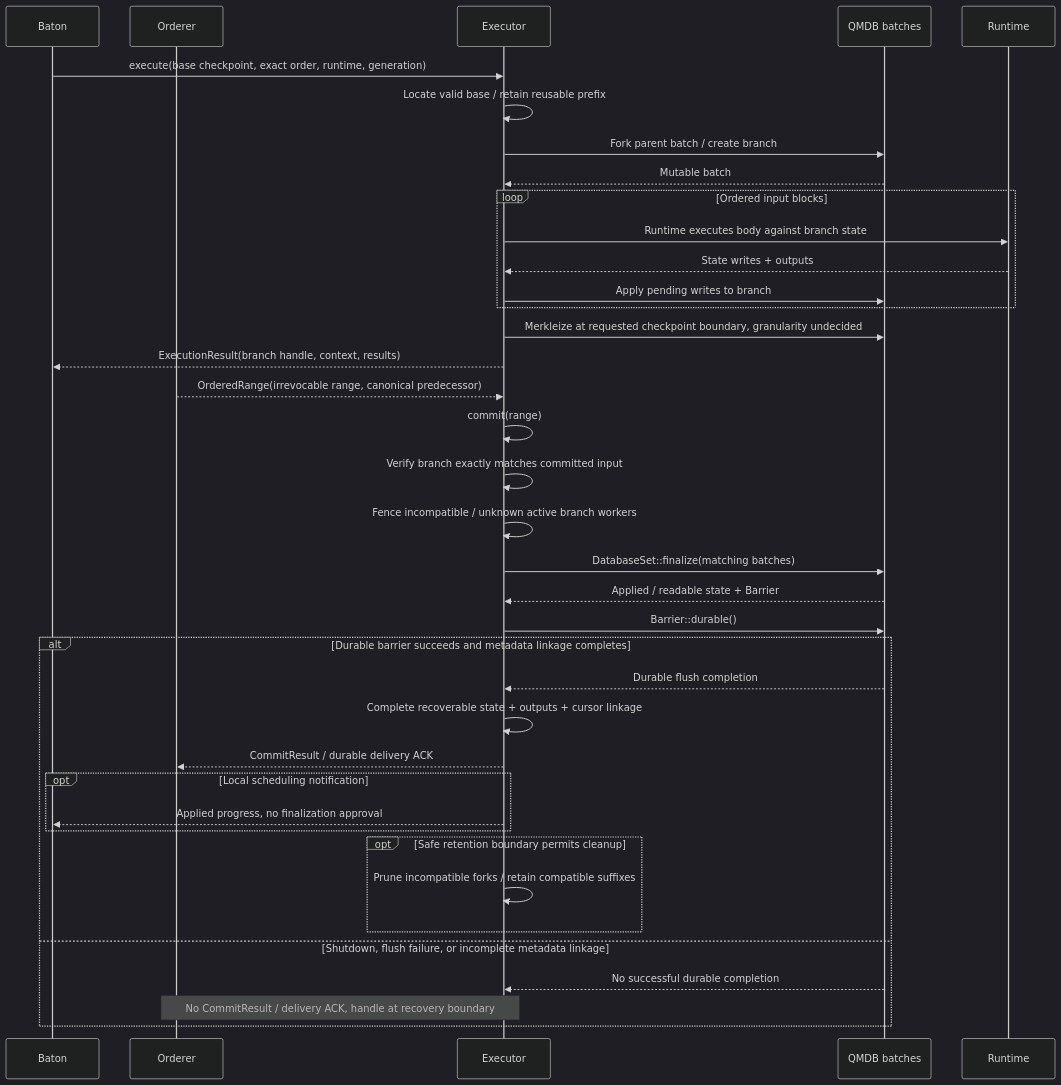
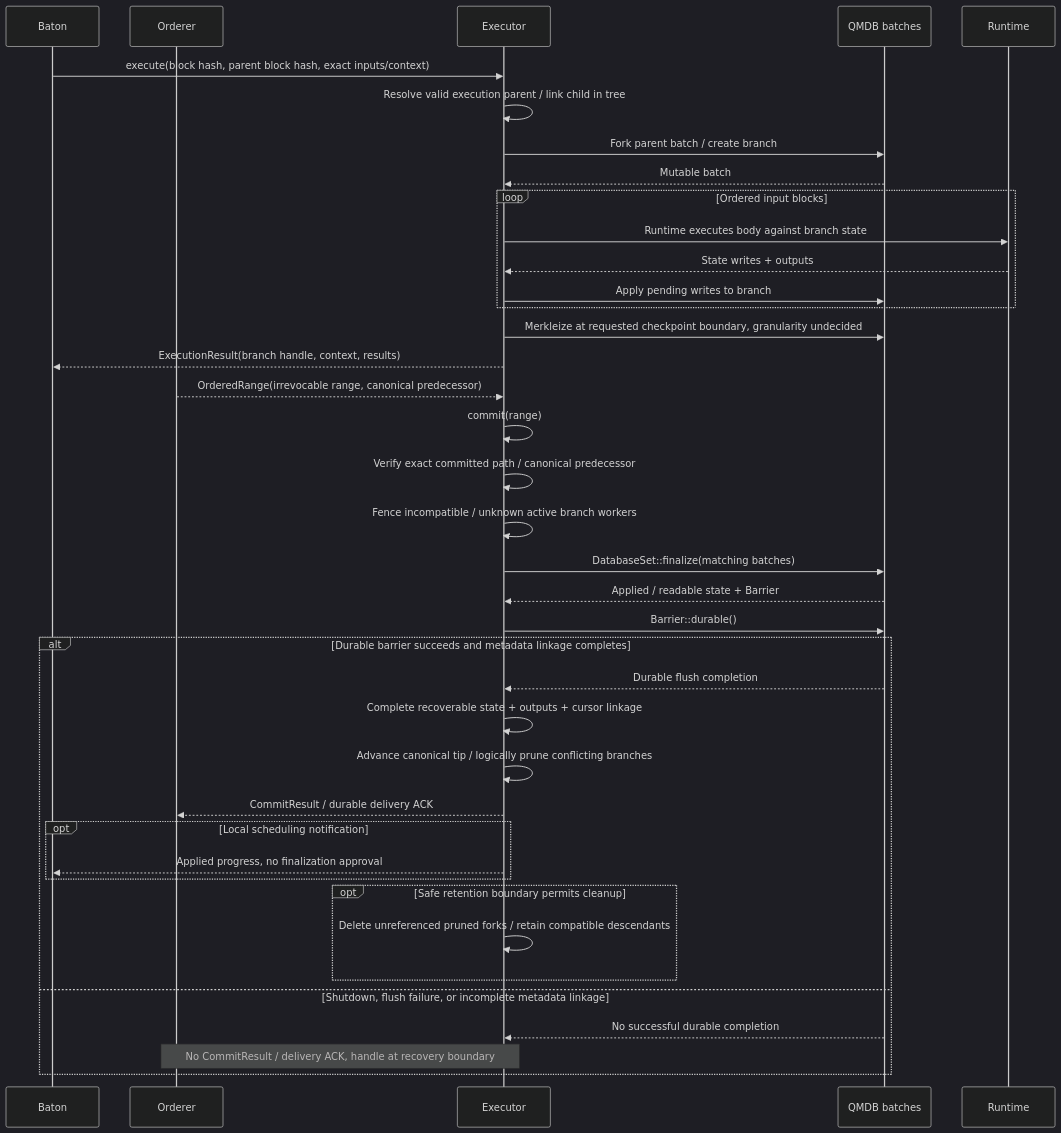
Before and after one commit to djm07073/baton-research: the second of 2 diagrams in docs/e2e/canonical.md, drawn with Mermaid (dark theme). The commit also changed other lines of this file and 61 other files, not shown here.

Commit message:
Merge planning and parent-linked execution tree into Executor

````diff
--- a/docs/e2e/canonical.md
+++ b/docs/e2e/canonical.md
@@ -38,40 +38,41 @@
 ```mermaid
 sequenceDiagram
     participant B as Baton
     participant M as Orderer
     participant O as Executor
     participant Q as QMDB batches
     participant A as Runtime
-    B->>O: execute(base checkpoint, exact order, runtime, generation)
-    O->>O: Locate valid base / retain reusable prefix
+    B->>O: execute(block hash, parent block hash, exact inputs/context)
+    O->>O: Resolve valid execution parent / link child in tree
     O->>Q: Fork parent batch / create branch
     Q-->>O: Mutable batch
     loop Ordered input blocks
         O->>A: Runtime executes body against branch state
         A-->>O: State writes + outputs
         O->>Q: Apply pending writes to branch
     end
     O->>Q: Merkleize at requested checkpoint boundary, granularity undecided
     O-->>B: ExecutionResult(branch handle, context, results)
     M-->>O: OrderedRange(irrevocable range, canonical predecessor)
     O->>O: commit(range)
-    O->>O: Verify branch exactly matches committed input
+    O->>O: Verify exact committed path / canonical predecessor
     O->>O: Fence incompatible / unknown active branch workers
     O->>Q: DatabaseSet::finalize(matching batches)
     Q-->>O: Applied / readable state + Barrier
     O->>Q: Barrier::durable()
     alt Durable barrier succeeds and metadata linkage completes
         Q-->>O: Durable flush completion
         O->>O: Complete recoverable state + outputs + cursor linkage
+        O->>O: Advance canonical tip / logically prune conflicting branches
         O-->>M: CommitResult / durable delivery ACK
         opt Local scheduling notification
             O-->>B: Applied progress, no finalization approval
         end
         opt Safe retention boundary permits cleanup
-            O->>O: Prune incompatible forks / retain compatible suffixes
+            O->>O: Delete unreferenced pruned forks / retain compatible descendants
         end
     else Shutdown, flush failure, or incomplete metadata linkage
         Q-->>O: No successful durable completion
         Note over M,O: No CommitResult / delivery ACK, handle at recovery boundary
     end
 ```
````
